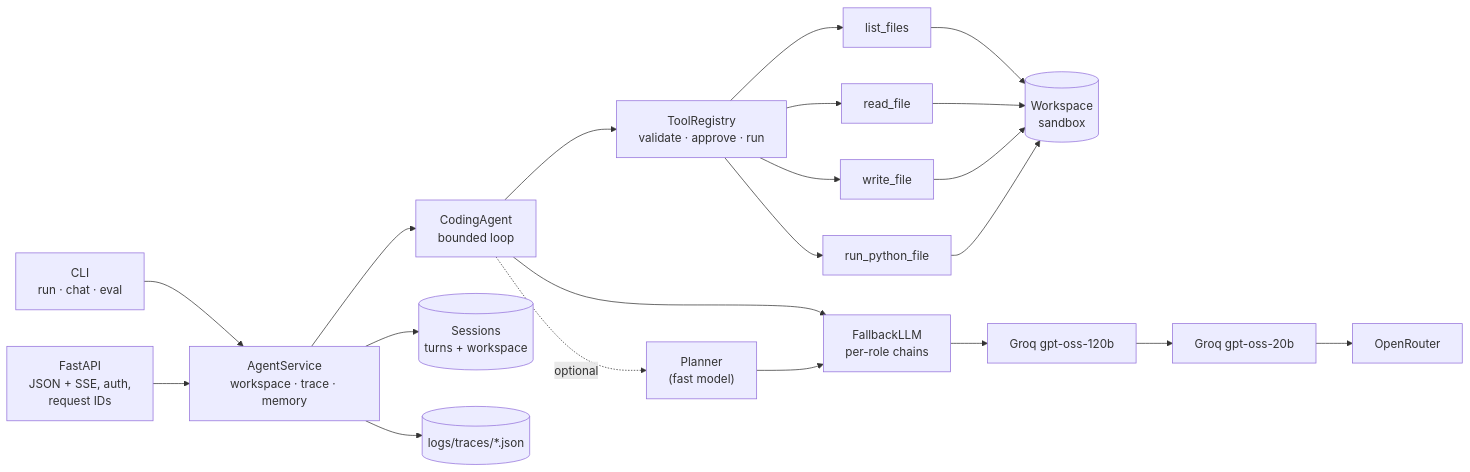
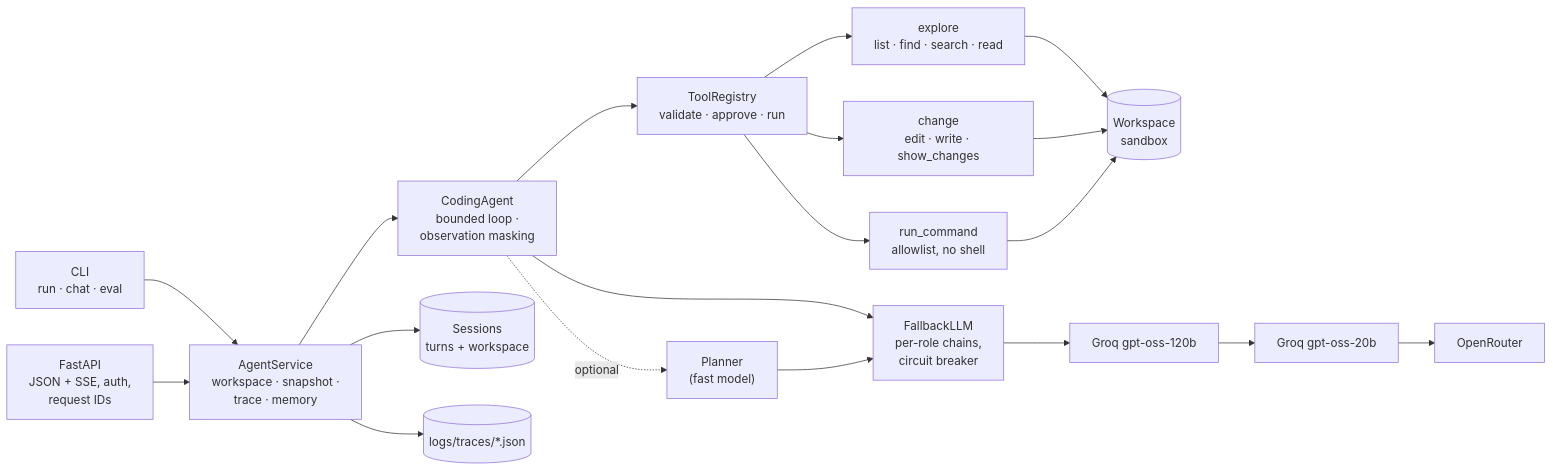
Before and after one commit to akashgupta1909/anvil: the diagram in README.md, drawn with Mermaid. The commit also changed other lines of this file, not shown here.

````diff
--- a/README.md
+++ b/README.md
@@ -49,15 +37,17 @@
 ```mermaid
 flowchart LR
     CLI["CLI<br/>run · chat · eval"] --> SVC
     API["FastAPI<br/>JSON + SSE, auth,<br/>request IDs"] --> SVC
-    SVC["AgentService<br/>workspace · trace · memory"] --> AGENT
+    SVC["AgentService<br/>workspace · snapshot ·<br/>trace · memory"] --> AGENT
     SVC --> MEM[("Sessions<br/>turns + workspace")]
-    AGENT["CodingAgent<br/>bounded loop"] --> LLM
+    AGENT["CodingAgent<br/>bounded loop ·<br/>observation masking"] --> LLM
     AGENT --> REG["ToolRegistry<br/>validate · approve · run"]
     AGENT -. optional .-> PLAN["Planner<br/>(fast model)"]
     PLAN --> LLM
-    REG --> T1[list_files] & T2[read_file] & T3[write_file] & T4[run_python_file]
-    T1 & T2 & T3 & T4 --> WS[("Workspace<br/>sandbox")]
-    LLM["FallbackLLM<br/>per-role chains"] --> G1["Groq gpt-oss-120b"] --> G2["Groq gpt-oss-20b"] --> OR["OpenRouter"]
+    REG --> EXP["explore<br/>list · find · search · read"]
+    REG --> CHG["change<br/>edit · write · show_changes"]
+    REG --> RUN["run_command<br/>allowlist, no shell"]
+    EXP & CHG & RUN --> WS[("Workspace<br/>sandbox")]
+    LLM["FallbackLLM<br/>per-role chains,<br/>circuit breaker"] --> G1["Groq gpt-oss-120b"] --> G2["Groq gpt-oss-20b"] --> OR["OpenRouter"]
     SVC --> TR[("logs/traces/*.json")]
 ```
````
